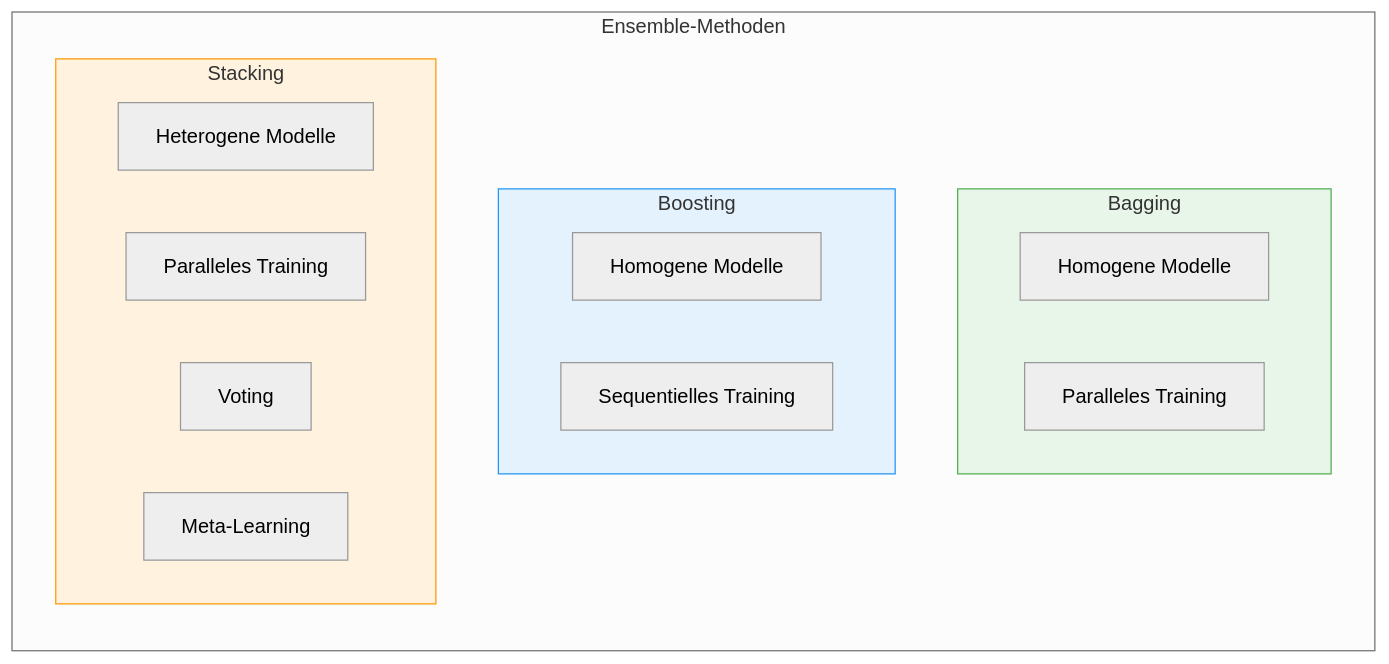
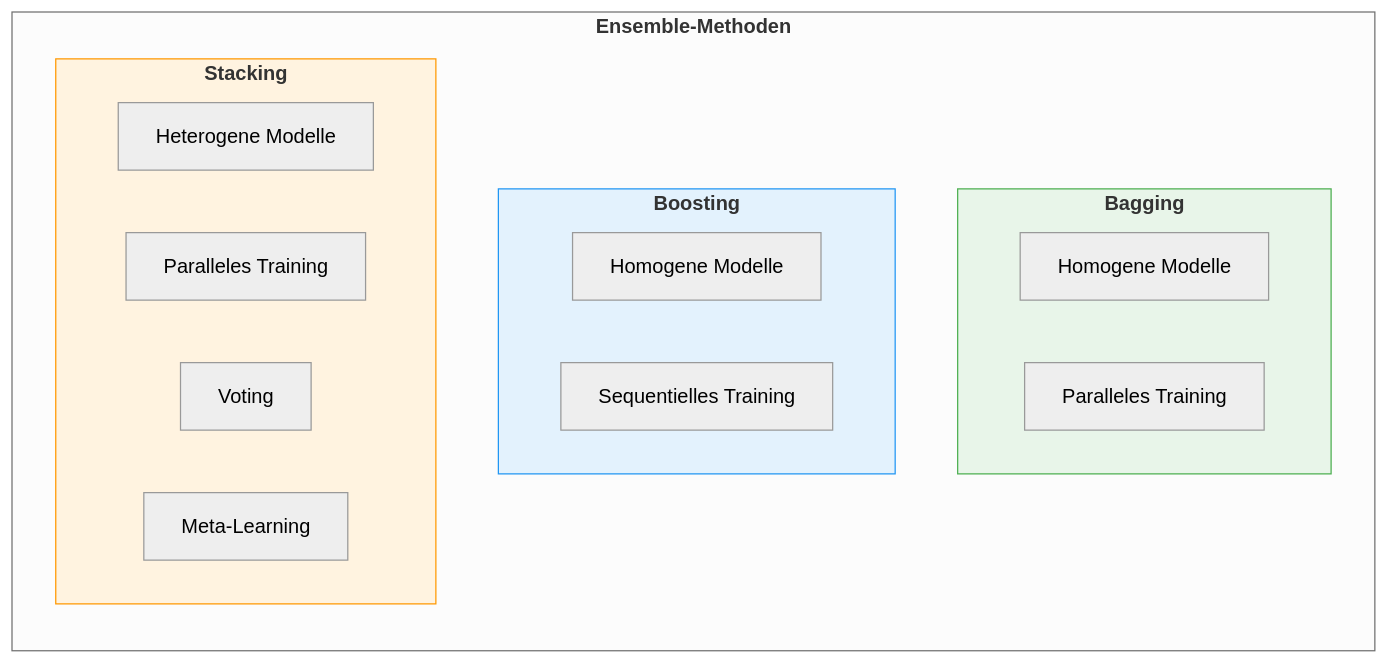
One commit to ralf-42/ML_Intro changed the first of 5 diagrams in docs/concepts/modeling/ensemble.md. Above: the diagram before and after it, drawn with Mermaid (neutral theme). The commit also changed other lines of this file and 19 other files, not shown here.

````diff
--- a/docs/concepts/modeling/ensemble.md
+++ b/docs/concepts/modeling/ensemble.md
@@ -31,27 +31,27 @@
 ```mermaid
 flowchart TD
-    subgraph Ensemble["Ensemble-Methoden"]
+    subgraph Ensemble["<b>Ensemble-Methoden"]
         direction TB
         
-        subgraph Bagging["Bagging"]
+        subgraph Bagging["<b>Bagging"]
             B1["Homogene Modelle"]
             B2["Paralleles Training"]
         end
         
-        subgraph Boosting["Boosting"]
+        subgraph Boosting["<b>Boosting"]
             BO1["Homogene Modelle"]
             BO2["Sequentielles Training"]
         end
         
-        subgraph Stacking["Stacking"]
+        subgraph Stacking["<b>Stacking"]
             S1["Heterogene Modelle"]
             S2["Paralleles Training"]
             S3["Voting"]
             S4["Meta-Learning"]
         end
     end
     
     style Bagging fill:#e8f5e9,stroke:#4caf50
     style Boosting fill:#e3f2fd,stroke:#2196f3
     style Stacking fill:#fff3e0,stroke:#ff9800
 ```
````
